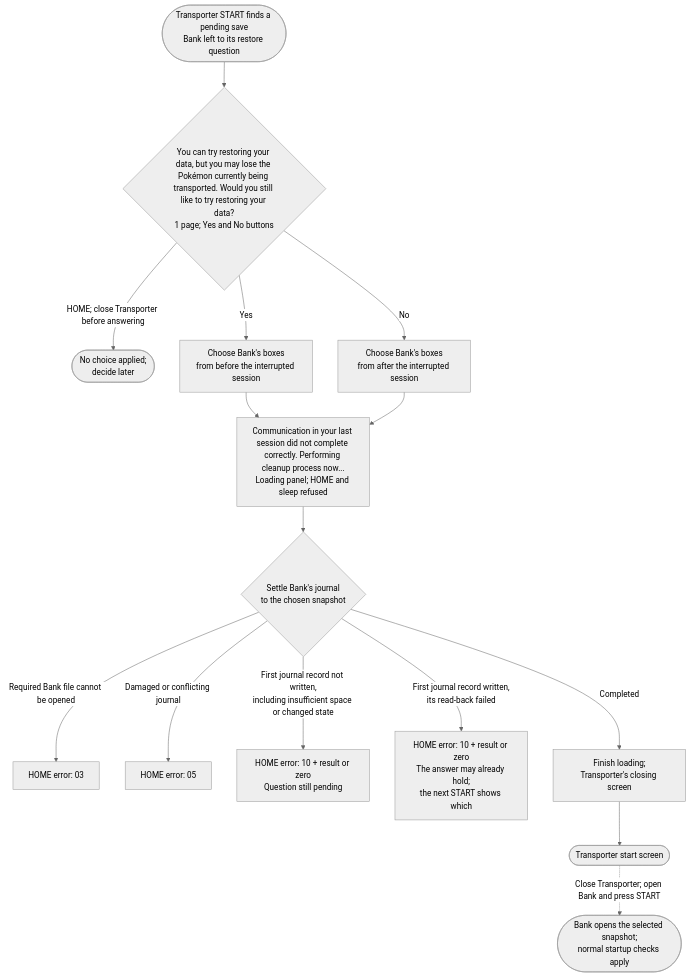
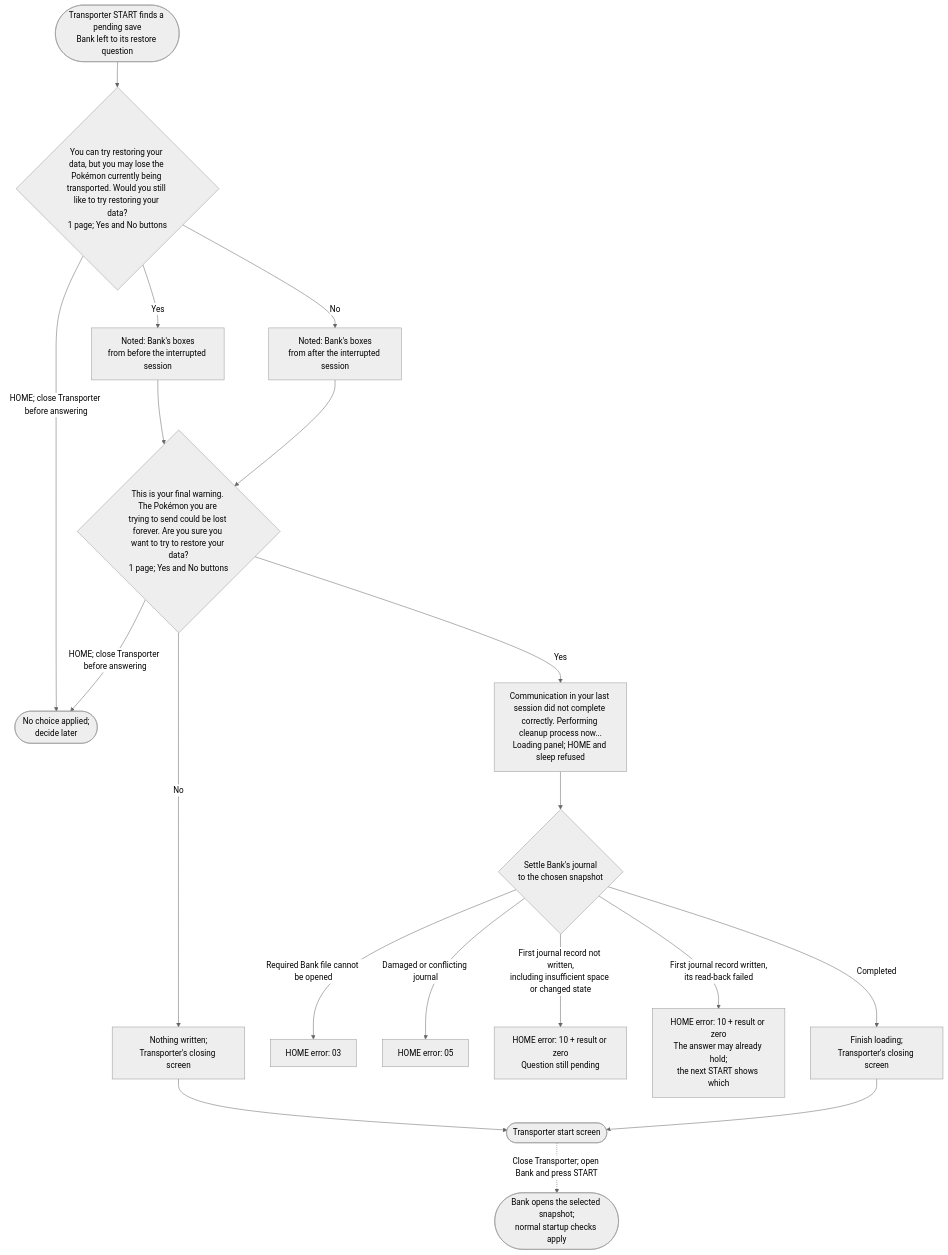
One commit to devEnju/offline_bank changed the fifth of 7 diagrams in docs/errors.md. Above: the diagram before and after it, drawn with Mermaid (neutral theme). The commit also changed other lines of this file and 6 other files, not shown here.

Commit message:
transporter asks both of the original's restore questions: the first answer chooses the snapshot, and only a yes to the final warning settles the save

````diff
--- a/docs/errors.md
+++ b/docs/errors.md
@@ -283,17 +283,21 @@
 ```mermaid
 flowchart TD
     START(["Transporter START finds a pending save<br/>Bank left to its restore question"]) --> QUESTION{"You can try restoring your data, but you may lose the Pokémon currently being transported. Would you still like to try restoring your data?<br/>1 page; Yes and No buttons"}
     QUESTION -->|"HOME; close Transporter before answering"| LATER(["No choice applied;<br/>decide later"])
-    QUESTION -->|"Yes"| BEFORE["Choose Bank's boxes<br/>from before the interrupted session"]
-    QUESTION -->|"No"| AFTER["Choose Bank's boxes<br/>from after the interrupted session"]
-    BEFORE --> PANEL["Communication in your last session did not complete correctly. Performing cleanup process now...<br/>Loading panel; HOME and sleep refused"]
-    AFTER --> PANEL
+    QUESTION -->|"Yes"| BEFORE["Noted: Bank's boxes<br/>from before the interrupted session"]
+    QUESTION -->|"No"| AFTER["Noted: Bank's boxes<br/>from after the interrupted session"]
+    BEFORE --> FINAL{"This is your final warning. The Pokémon you are trying to send could be lost forever. Are you sure you want to try to restore your data?<br/>1 page; Yes and No buttons"}
+    AFTER --> FINAL
+    FINAL -->|"HOME; close Transporter before answering"| LATER
+    FINAL -->|"No"| DECLINED["Nothing written;<br/>Transporter's closing screen"]
+    DECLINED --> TITLE
+    FINAL -->|"Yes"| PANEL["Communication in your last session did not complete correctly. Performing cleanup process now...<br/>Loading panel; HOME and sleep refused"]
     PANEL --> SETTLE{"Settle Bank's journal<br/>to the chosen snapshot"}
     SETTLE -->|"Required Bank file cannot be opened"| F3["HOME error: 03"]
     SETTLE -->|"Damaged or conflicting journal"| F5["HOME error: 05"]
     SETTLE -->|"First journal record not written,<br/>including insufficient space or changed state"| F10["HOME error: 10 + result or zero<br/>Question still pending"]
     SETTLE -->|"First journal record written,<br/>its read-back failed"| F10U["HOME error: 10 + result or zero<br/>The answer may already hold;<br/>the next START shows which"]
     SETTLE -->|"Completed"| CLOSE["Finish loading;<br/>Transporter's closing screen"]
     CLOSE --> TITLE(["Transporter start screen"])
     TITLE -.->|"Close Transporter; open Bank and press START"| BANK(["Bank opens the selected snapshot;<br/>normal startup checks apply"])
 ```
````
